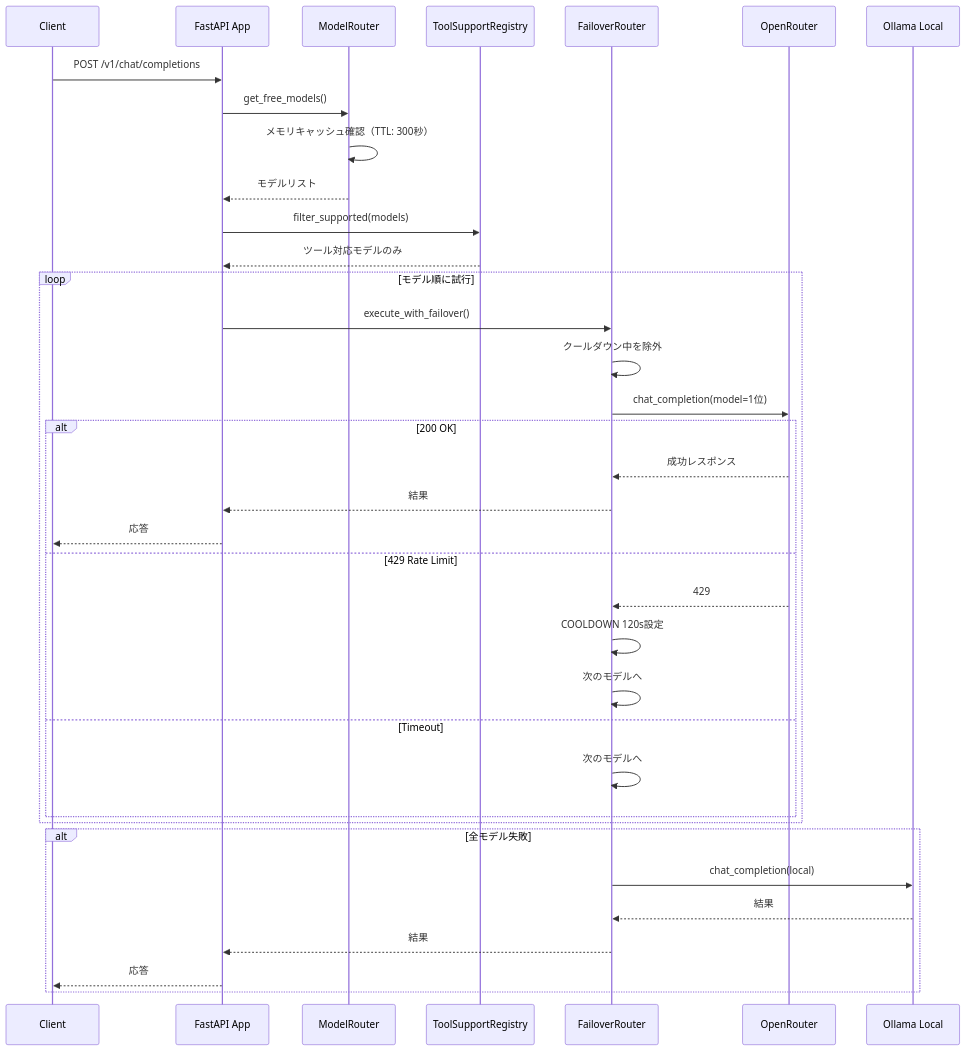
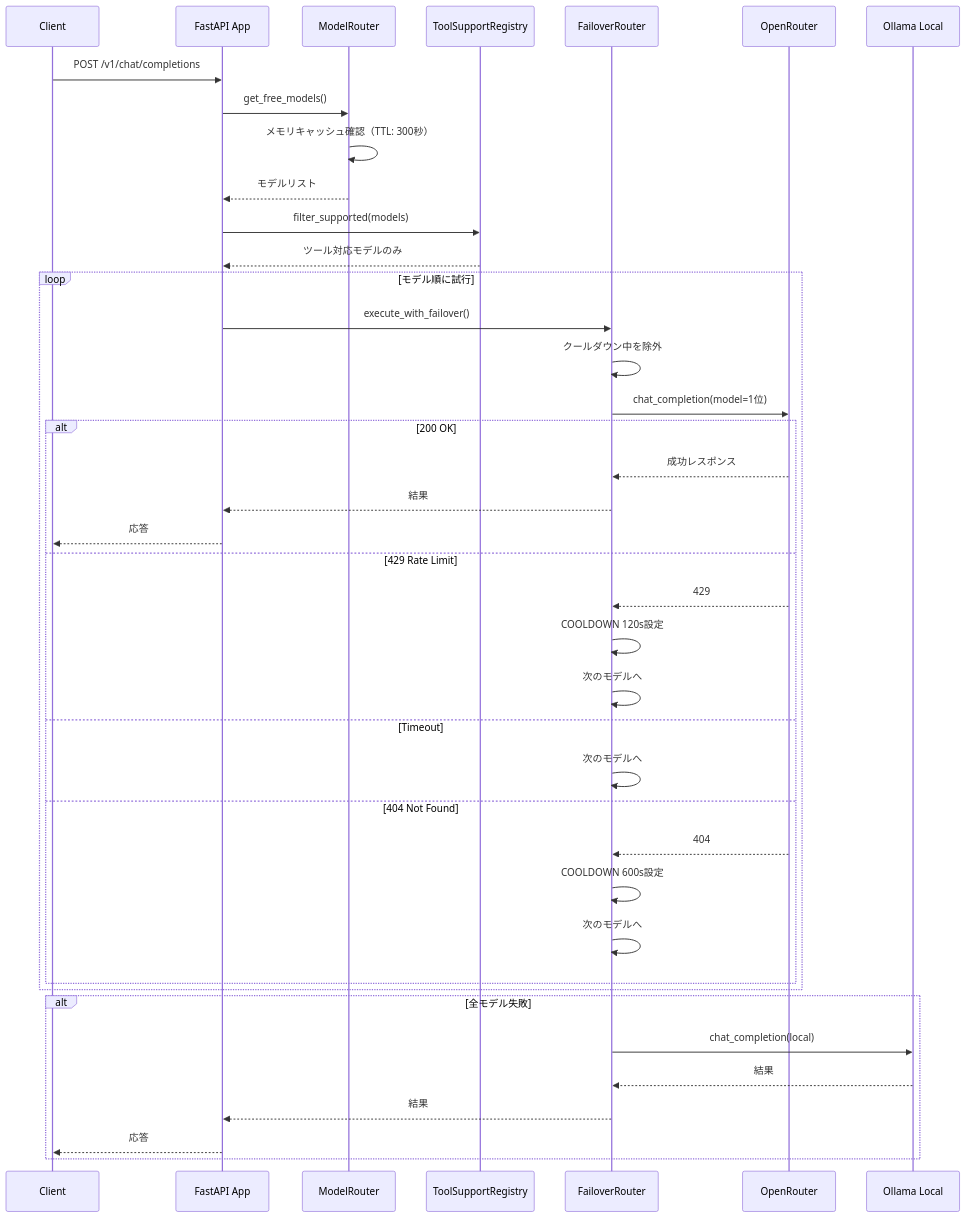
One commit to tokkkie/free-model-router changed the second of 4 diagrams in docs/how-it-works_jp.md. Above: the diagram before and after it, drawn with Mermaid. The commit also changed other lines of this file and 3 other files, not shown here.

````diff
--- a/docs/how-it-works_jp.md
+++ b/docs/how-it-works_jp.md
@@ -55,44 +55,48 @@
 ```mermaid
 sequenceDiagram
     participant Client as Client
     participant App as FastAPI App
     participant MR as ModelRouter
     participant TSR as ToolSupportRegistry
     participant FR as FailoverRouter
     participant OR as OpenRouter
     participant Ollama as Ollama Local
 
     Client->>App: POST /v1/chat/completions
 
     App->>MR: get_free_models()
     MR->>MR: メモリキャッシュ確認（TTL: 300秒）
     MR-->>App: モデルリスト
 
     App->>TSR: filter_supported(models)
     TSR-->>App: ツール対応モデルのみ
 
     loop モデル順に試行
         App->>FR: execute_with_failover()
         FR->>FR: クールダウン中を除外
 
         FR->>OR: chat_completion(model=1位)
         alt 200 OK
             OR-->>FR: 成功レスポンス
             FR-->>App: 結果
             App-->>Client: 応答
         else 429 Rate Limit
             OR-->>FR: 429
             FR->>FR: COOLDOWN 120s設定
             FR->>FR: 次のモデルへ
         else Timeout
             FR->>FR: 次のモデルへ
+        else 404 Not Found
+            OR-->>FR: 404
+            FR->>FR: COOLDOWN 600s設定
+            FR->>FR: 次のモデルへ
         end
     end
 
     alt 全モデル失敗
         FR->>Ollama: chat_completion(local)
         Ollama-->>FR: 結果
         FR-->>App: 結果
         App-->>Client: 応答
     end
 ```
````
